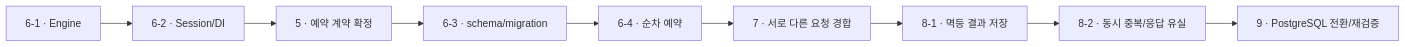
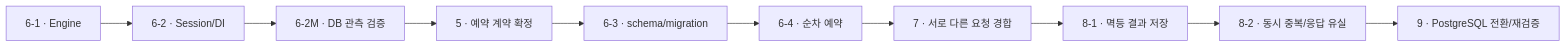
One commit to Dae-Jeong/backend-template changed the fourth of 4 diagrams in design/implementations/fastapi-tasks.md. Above: the diagram before and after it, drawn with Mermaid. The commit also changed other lines of this file and 1 other file, not shown here.

````diff
--- a/design/implementations/fastapi-tasks.md
+++ b/design/implementations/fastapi-tasks.md
@@ -230,11 +231,12 @@
 ```mermaid
 flowchart LR
     ENGINE["6-1 · Engine"] --> SESSION["6-2 · Session/DI"]
-    SESSION --> CONTRACT["5 · 예약 계약 확정"]
+    SESSION --> MONITOR["6-2M · DB 관측 검증"]
+    MONITOR --> CONTRACT["5 · 예약 계약 확정"]
     CONTRACT --> SCHEMA["6-3 · schema/migration"]
     SCHEMA --> RESERVE["6-4 · 순차 예약"]
     RESERVE --> RACE["7 · 서로 다른 요청 경합"]
     RACE --> KEY["8-1 · 멱등 결과 저장"]
     KEY --> RECOVERY["8-2 · 동시 중복/응답 유실"]
     RECOVERY --> PG["9 · PostgreSQL 전환/재검증"]
 ```
````
